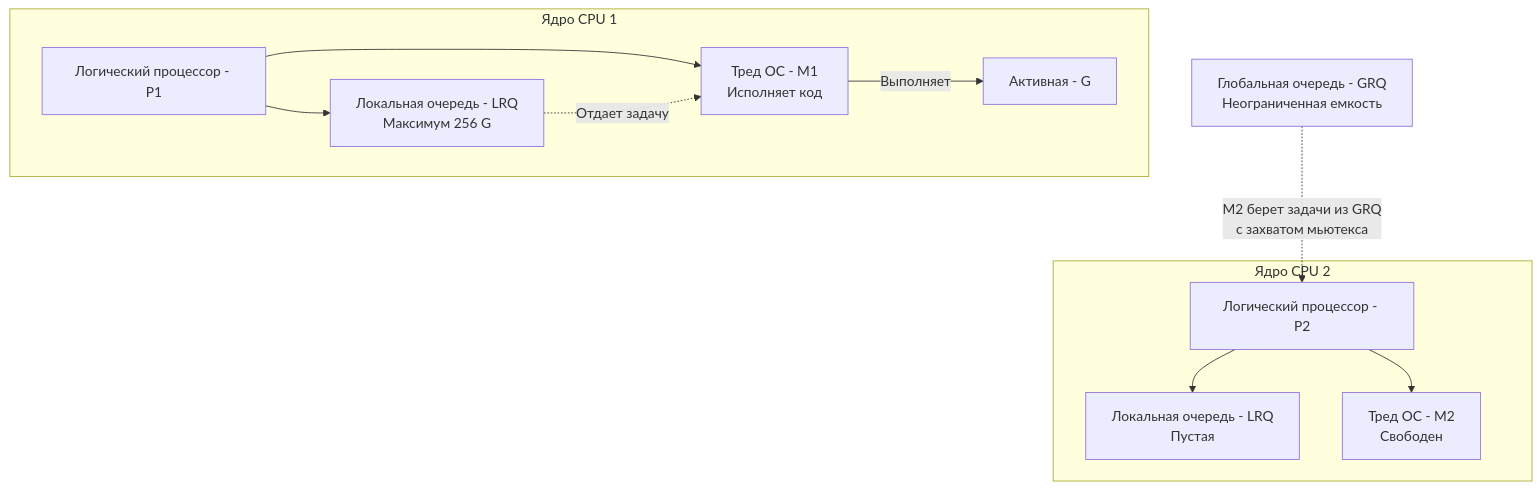
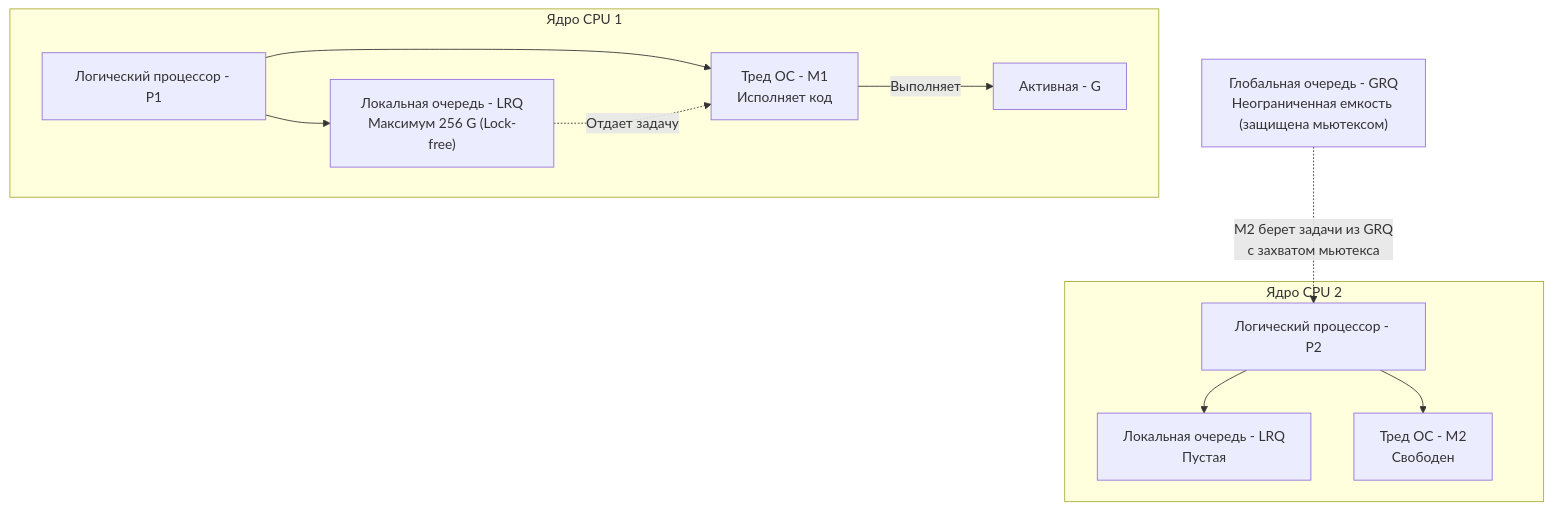
One commit to UnrealTemplier/go-textbook changed the second of 4 diagrams in sources/5. Учебник по Go (Основы и синтаксис)/35. Scheduler Go. G, M, P и work stealing.md. Above: the diagram before and after it, drawn with Mermaid. The commit also changed other lines of this file, not shown here.

````diff
--- a/sources/5. Учебник по Go (Основы и синтаксис)/35. Scheduler Go. G, M, P и work stealing.md
+++ b/sources/5. Учебник по Go (Основы и синтаксис)/35. Scheduler Go. G, M, P и work stealing.md
@@ -34,27 +55,27 @@
 ```mermaid
 flowchart TD
-    GRQ["Глобальная очередь - GRQ<br>Неограниченная емкость"]
+    GRQ["Глобальная очередь - GRQ<br>Неограниченная емкость (защищена мьютексом)"]
     
     subgraph Core1 ["Ядро CPU 1"]
         P1["Логический процессор - P1"]
-        LRQ1["Локальная очередь - LRQ<br>Максимум 256 G"]
+        LRQ1["Локальная очередь - LRQ<br>Максимум 256 G (Lock-free)"]
         M1["Тред ОС - M1<br>Исполняет код"]
         G1["Активная - G"]
         
         P1 --> LRQ1
         P1 --> M1
         M1 -->|"Выполняет"| G1
         LRQ1 -.->|"Отдает задачу"| M1
     end
 
     subgraph Core2 ["Ядро CPU 2"]
         P2["Логический процессор - P2"]
         LRQ2["Локальная очередь - LRQ<br>Пустая"]
         M2["Тред ОС - M2<br>Свободен"]
         
         P2 --> LRQ2
         P2 --> M2
     end
 
     GRQ -.->|"M2 берет задачи из GRQ<br>с захватом мьютекса"| P2
 ```
````
